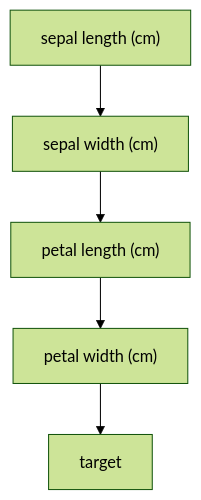
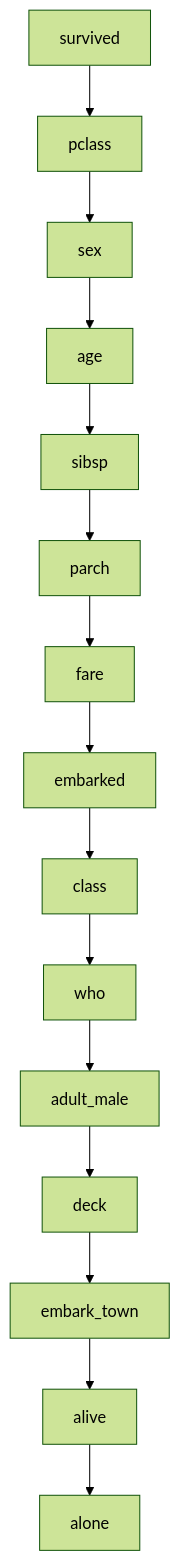
The diagram in docs/source/examples/changing_the_synthesis_order.md (duonl/synthpop-py), drawn with Mermaid (forest theme) before and after one commit. The commit also changed other lines of this file and 2 other files, not shown here.

````diff
--- a/docs/source/examples/changing_the_synthesis_order.md
+++ b/docs/source/examples/changing_the_synthesis_order.md
@@ -59,9 +62,20 @@
 ```{mermaid}
 flowchart TB
-    A["sepal length (cm)"]
-    B["sepal width (cm)"]
-    C["petal length (cm)"]
-    D["petal width (cm)"]
-    E["target"]
-    A-->B-->C-->D-->E
+    A["survived"]
+    B["pclass"]
+    C["sex"]
+    D["age"]
+    E["sibsp"]
+    F["parch"]
+    G["fare"]
+    H["embarked"]
+    I["class"]
+    J["who"]
+    K["adult_male"]
+    L["deck"]
+    M["embark_town"]
+    N["alive"]
+    O["alone"]
+
+    A-->B-->C-->D-->E-->F-->G-->H-->I-->J-->K-->L-->M-->N-->O
 ```
````
